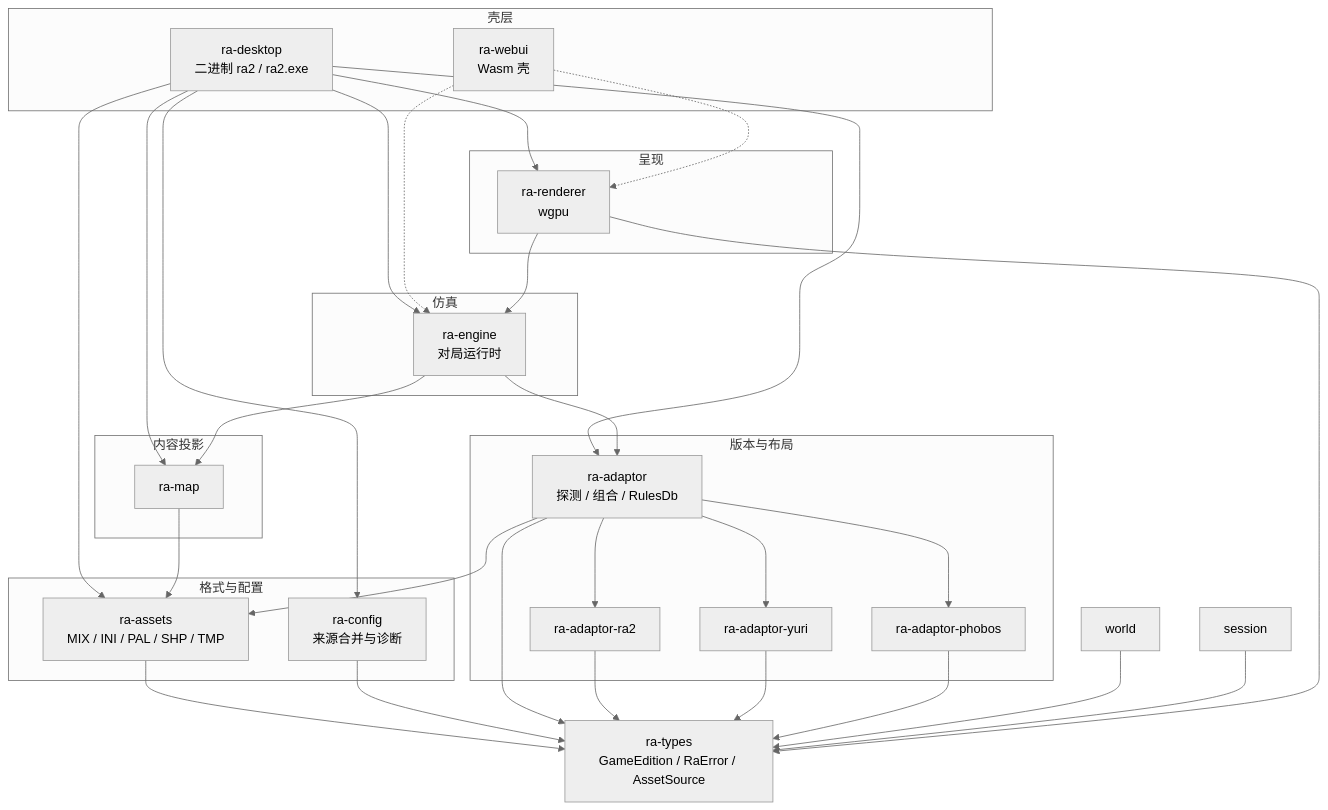
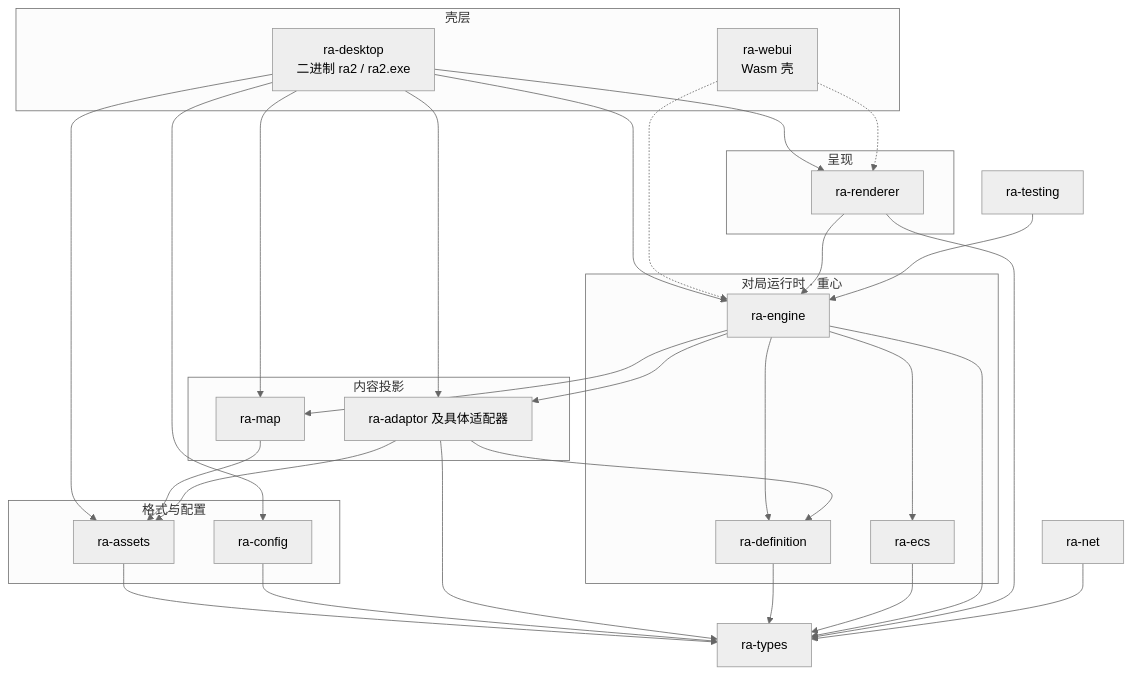
One commit to rust-alert/ra2.exe changed the second of 3 diagrams in readme.md. Above: the diagram before and after it, drawn with Mermaid (neutral theme). The commit also changed other lines of this file and 16 other files, not shown here.

First line of the commit message:
📝 Align documents to `ra-engine` centric architecture

````diff
--- a/readme.md
+++ b/readme.md
@@ -17,58 +97,57 @@
 ```mermaid
 flowchart TB
     subgraph shells["壳层"]
         desktop["ra-desktop<br/>二进制 ra2 / ra2.exe"]
         webui["ra-webui<br/>Wasm 壳"]
     end
 
     subgraph present["呈现"]
-        renderer["ra-renderer<br/>wgpu"]
+        renderer["ra-renderer"]
     end
 
-    subgraph sim["仿真"]
-        engine["ra-engine<br/>对局运行时"]
+    subgraph runtime["对局运行时 · 重心"]
+        engine["ra-engine"]
+        ecs["ra-ecs"]
+        defs["ra-definition"]
     end
 
     subgraph content["内容投影"]
         map["ra-map"]
+        adaptor["ra-adaptor 及具体适配器"]
     end
 
     subgraph formats["格式与配置"]
-        assets["ra-assets<br/>MIX / INI / PAL / SHP / TMP"]
-        config["ra-config<br/>来源合并与诊断"]
+        assets["ra-assets"]
+        config["ra-config"]
     end
 
-    subgraph adapt["版本与布局"]
-        adaptor["ra-adaptor<br/>探测 / 组合 / RulesDb"]
-        ra2tbl["ra-adaptor-ra2"]
-        yrtbl["ra-adaptor-yuri"]
-        mo3["ra-adaptor-phobos"]
-    end
+    types["ra-types"]
+    net["ra-net"]
+    testing["ra-testing"]
 
-    types["ra-types<br/>GameEdition / RaError / AssetSource"]
     desktop --> config
     desktop --> renderer
     desktop --> engine
     desktop --> map
     desktop --> assets
     desktop --> adaptor
     webui -.-> renderer
     webui -.-> engine
     renderer --> engine
+    engine --> ecs
+    engine --> defs
+    engine --> map
     engine --> adaptor
-    engine --> map
     map --> assets
     adaptor --> assets
-    adaptor --> ra2tbl
-    adaptor --> yrtbl
-    adaptor --> mo3
+    adaptor --> defs
     assets --> types
     config --> types
     adaptor --> types
-    ra2tbl --> types
-    yrtbl --> types
-    mo3 --> types
-    world --> types
-    session --> types
+    defs --> types
+    ecs --> types
+    engine --> types
     renderer --> types
+    net --> types
+    testing --> engine
 ```
````
